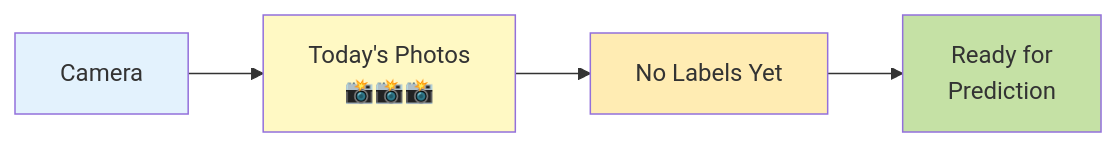
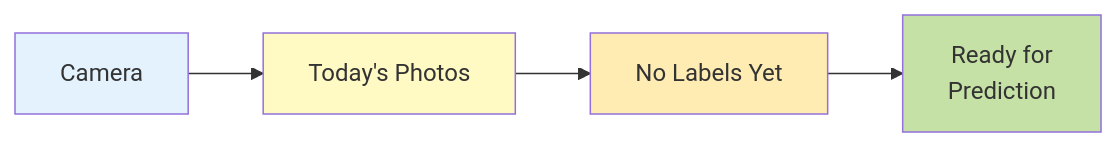
Before and after one commit to SITES-spectral/phenocai: the second of 19 diagrams in docs/workflow_prediction.md, drawn with Mermaid. The commit also changed other lines of this file and 22 other files, not shown here.

````diff
--- a/docs/workflow_prediction.md
+++ b/docs/workflow_prediction.md
@@ -25,11 +25,11 @@
 ```mermaid
 graph LR
-    A[Camera] --> B[Today's Photos<br/>📸📸📸]
+    A[Camera] --> B[Today's Photos]
     B --> C[No Labels Yet]
     C --> D[Ready for<br/>Prediction]
     
     style A fill:#e3f2fd
     style B fill:#fff9c4
     style C fill:#ffecb3
     style D fill:#c5e1a5
 ```
````
